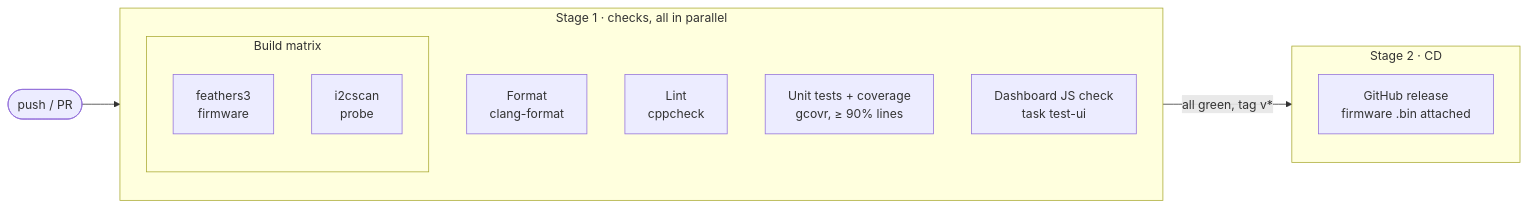
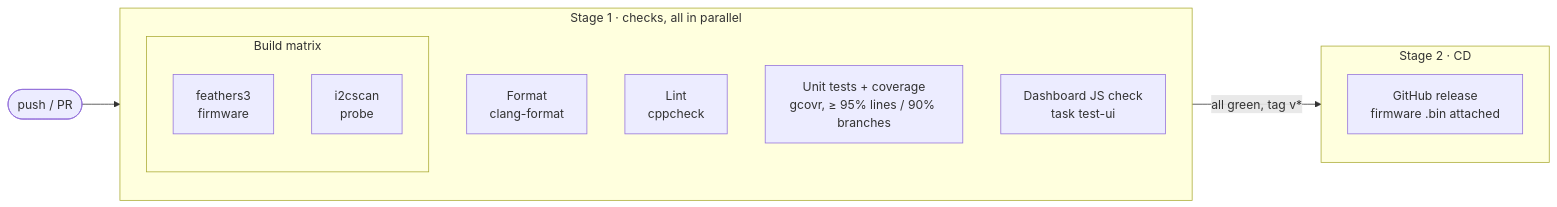
The diagram in README.md (Tsmorz/vqf-gps-vibes), drawn with Mermaid before and after one commit. The commit also changed other lines of this file and 27 other files, not shown here.

````diff
--- a/README.md
+++ b/README.md
@@ -104,20 +138,20 @@
 ```mermaid
 flowchart LR
     push([push / PR]) --> S1
     subgraph S1["Stage 1 · checks, all in parallel"]
         direction TB
         format["Format<br/>clang-format"]
         lint["Lint<br/>cppcheck"]
-        test["Unit tests + coverage<br/>gcovr, ≥ 90% lines"]
+        test["Unit tests + coverage<br/>gcovr, ≥ 95% lines / 90% branches"]
         ui["Dashboard JS check<br/>task test-ui"]
         subgraph B["Build matrix"]
             direction TB
             fw["feathers3<br/>firmware"]
             scan["i2cscan<br/>probe"]
         end
     end
     S1 -->|all green, tag v*| S2
     subgraph S2["Stage 2 · CD"]
         release["GitHub release<br/>firmware .bin attached"]
     end
 ```
````
